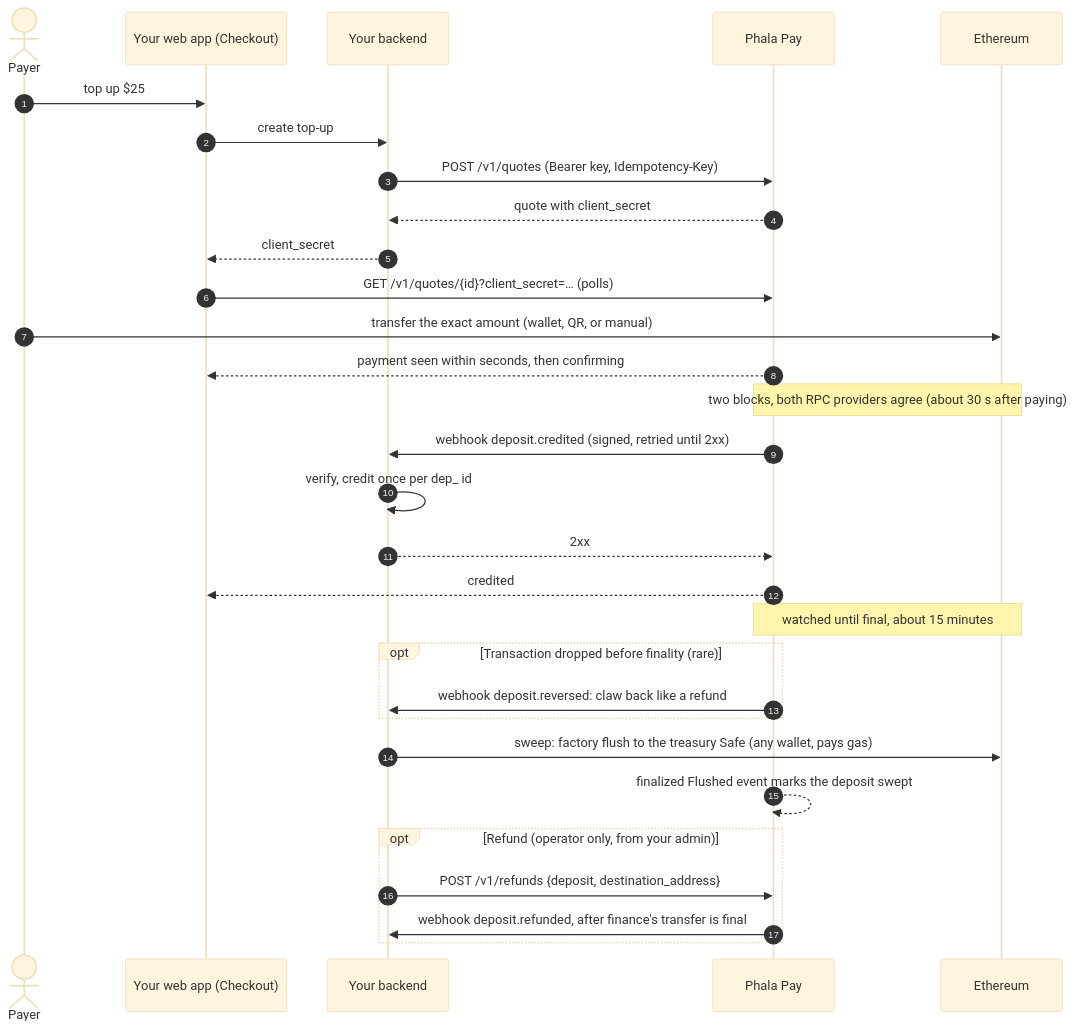
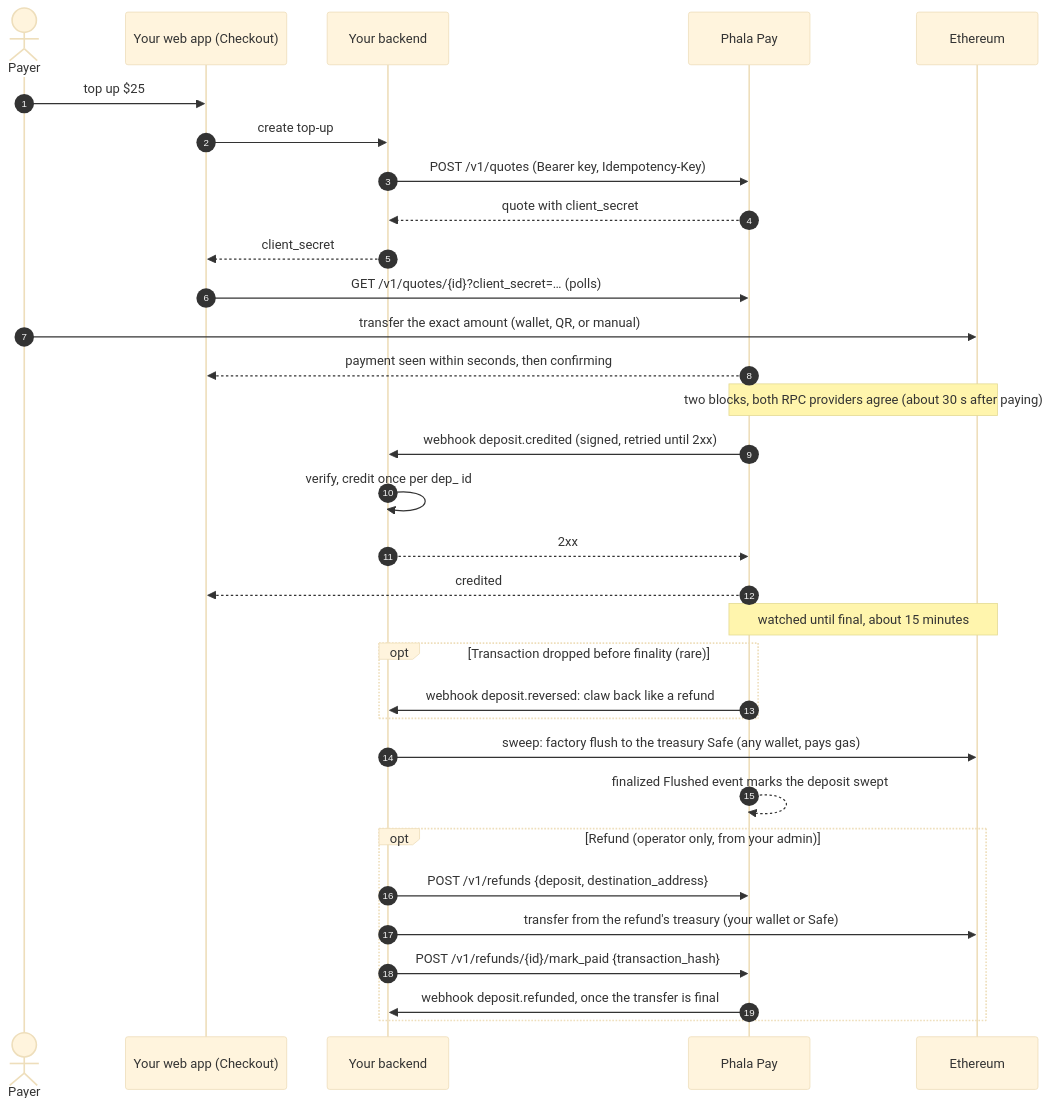
Before and after one commit to Phala-Network/crypto-topup-service: the diagram in docs/integration.md, drawn with Mermaid (base theme). The commit also changed other lines of this file and 51 other files, not shown here.

First line of the commit message:
feat: merchant-paid refunds with finality verification (design PR 9) (#192)

````diff
--- a/docs/integration.md
+++ b/docs/integration.md
@@ -127,32 +127,34 @@
 ```mermaid
 sequenceDiagram
     autonumber
     actor Payer
     participant UI as Your web app (Checkout)
     participant BE as Your backend
     participant PP as Phala Pay
     participant ETH as Ethereum
     Payer->>UI: top up $25
     UI->>BE: create top-up
     BE->>PP: POST /v1/quotes (Bearer key, Idempotency-Key)
     PP-->>BE: quote with client_secret
     BE-->>UI: client_secret
     UI->>PP: GET /v1/quotes/{id}?client_secret=… (polls)
     Payer->>ETH: transfer the exact amount (wallet, QR, or manual)
     PP-->>UI: payment seen within seconds, then confirming
     Note over PP,ETH: two blocks, both RPC providers agree (about 30 s after paying)
     PP->>BE: webhook deposit.credited (signed, retried until 2xx)
     BE->>BE: verify, credit once per dep_ id
     BE-->>PP: 2xx
     PP-->>UI: credited
     Note over PP,ETH: watched until final, about 15 minutes
     opt Transaction dropped before finality (rare)
         PP->>BE: webhook deposit.reversed: claw back like a refund
     end
     BE->>ETH: sweep: factory flush to the treasury Safe (any wallet, pays gas)
     PP-->>PP: finalized Flushed event marks the deposit swept
     opt Refund (operator only, from your admin)
         BE->>PP: POST /v1/refunds {deposit, destination_address}
-        PP->>BE: webhook deposit.refunded, after finance's transfer is final
+        BE->>ETH: transfer from the refund's treasury (your wallet or Safe)
+        BE->>PP: POST /v1/refunds/{id}/mark_paid {transaction_hash}
+        PP->>BE: webhook deposit.refunded, once the transfer is final
     end
 ```
````
